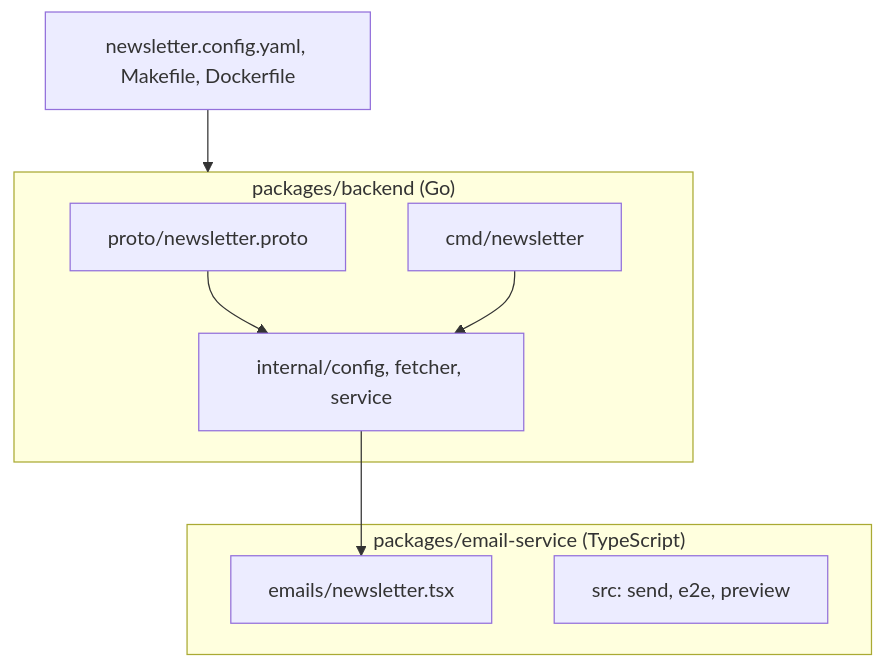
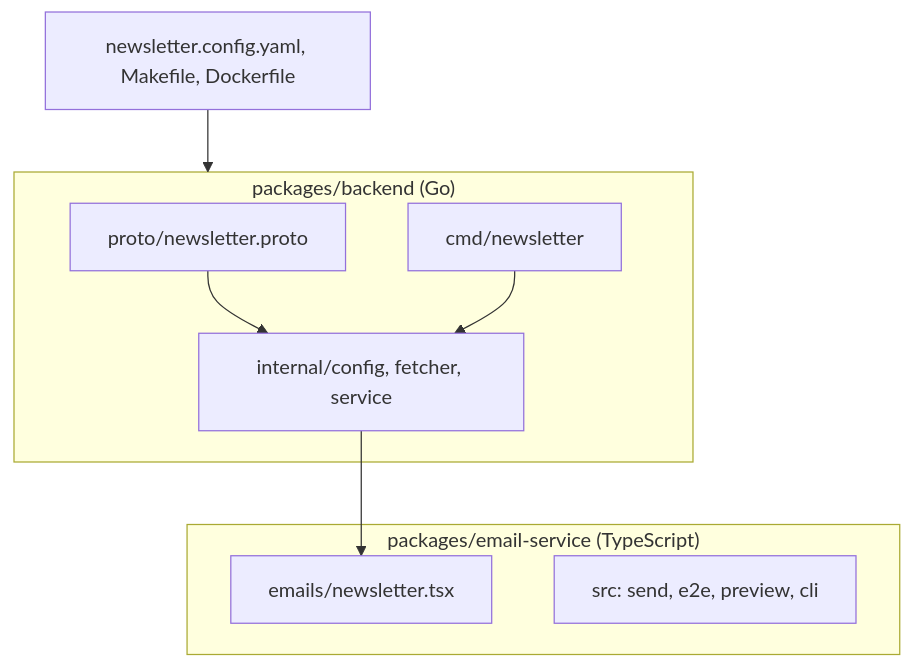
The second of 2 diagrams in README.md (ziyixi/newsletter), drawn with Mermaid before and after one commit. The commit also changed other lines of this file and 12 other files, not shown here.

````diff
--- a/README.md
+++ b/README.md
@@ -108,18 +110,18 @@
 ```mermaid
 flowchart TB
     subgraph backend["packages/backend (Go)"]
         Proto[proto/newsletter.proto]
         CMD[cmd/newsletter]
         Internal[internal/config, fetcher, service]
     end
 
     subgraph email["packages/email-service (TypeScript)"]
         Template[emails/newsletter.tsx]
-        Scripts[src: send, e2e, preview]
+        Scripts[src: send, e2e, preview, cli]
     end
 
     Root[newsletter.config.yaml, Makefile, Dockerfile] --> backend
     Proto --> Internal
     CMD --> Internal
     Internal --> Template
 ```
````
